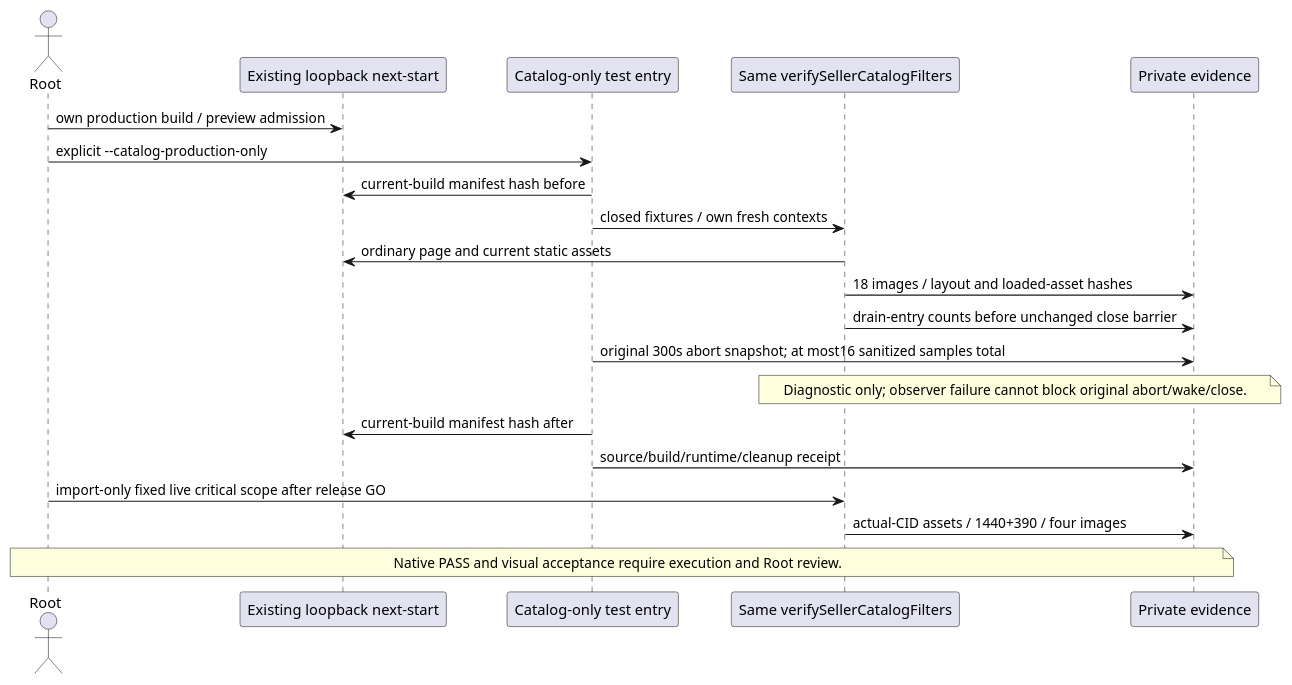
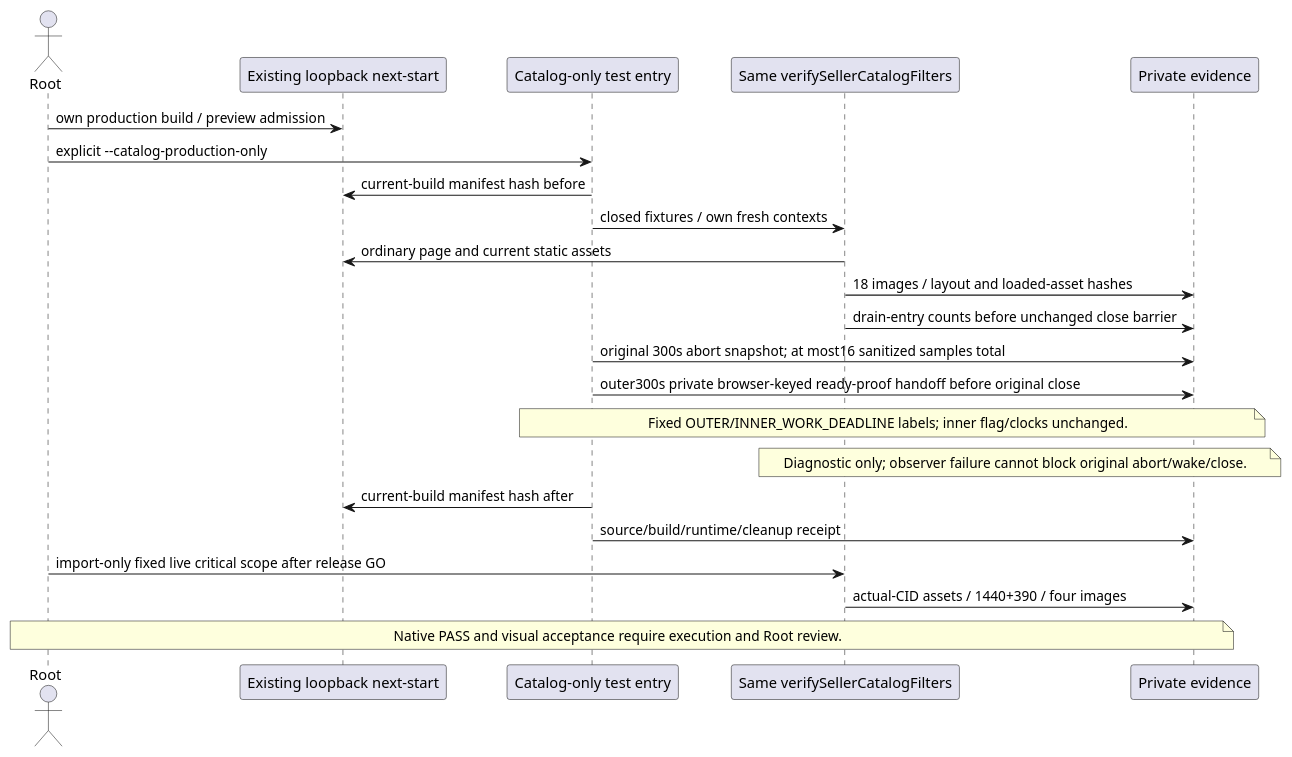
Diagram 17 of 17 in docs/architecture/main-path.puml (NeaBouli/inferno), drawn with PlantUML before and after one commit. The commit also changed 3 other files, not shown here.

Commit message:
test(catalog): capture deadline metadata before forced close

```diff
--- a/docs/architecture/main-path.puml
+++ b/docs/architecture/main-path.puml
@@ -381,21 +381,23 @@
 @startuml catalog_production_qualification_419
 actor Root
 participant "Existing loopback next-start" as Renderer
 participant "Catalog-only test entry" as Mode
 participant "Same verifySellerCatalogFilters" as Catalog
 participant "Private evidence" as Evidence
 Root -> Renderer : own production build / preview admission
 Root -> Mode : explicit --catalog-production-only
 Mode -> Renderer : current-build manifest hash before
 Mode -> Catalog : closed fixtures / own fresh contexts
 Catalog -> Renderer : ordinary page and current static assets
 Catalog -> Evidence : 18 images / layout and loaded-asset hashes
 Catalog -> Evidence : drain-entry counts before unchanged close barrier
 Mode -> Evidence : original 300s abort snapshot; at most16 sanitized samples total
+Mode -> Evidence : outer300s private browser-keyed ready-proof handoff before original close
+note over Mode,Evidence : Fixed OUTER/INNER_WORK_DEADLINE labels; inner flag/clocks unchanged.
 note over Catalog,Evidence : Diagnostic only; observer failure cannot block original abort/wake/close.
 Mode -> Renderer : current-build manifest hash after
 Mode -> Evidence : source/build/runtime/cleanup receipt
 Root -> Catalog : import-only fixed live critical scope after release GO
 Catalog -> Evidence : actual-CID assets / 1440+390 / four images
 note over Root,Evidence : Native PASS and visual acceptance require execution and Root review.
 @enduml
```
